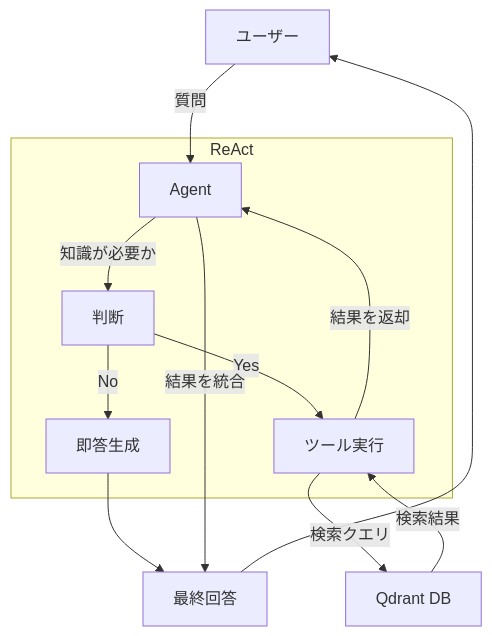
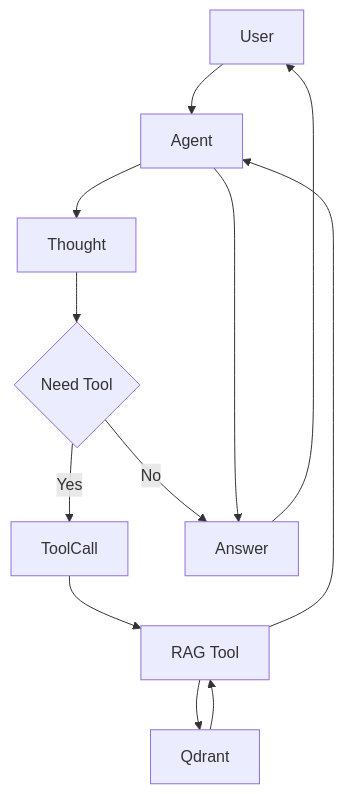
One commit to nakashima2toshio/gemini_agent_rag changed the diagram in doc/spec_summary.md. Above: the diagram before and after it, drawn with Mermaid. The commit also changed other lines of this file and 10 other files, not shown here.

````diff
--- a/doc/spec_summary.md
+++ b/doc/spec_summary.md
@@ -21,18 +22,14 @@
 ```mermaid
 graph TD
-    User[ユーザー] -->|質問| Agent[Agent]
-
-    subgraph ReAct
-        Agent -->|知識が必要か| Router[判断]
-        Router -->|No| Direct[即答生成]
-        Router -->|Yes| Tool[ツール実行]
-    end
-
-    Tool -->|検索クエリ| Qdrant[Qdrant DB]
-    Qdrant -->|検索結果| Tool
-    Tool -->|結果を返却| Agent
-
-    Direct --> Answer[最終回答]
-    Agent -->|結果を統合| Answer
-    Answer --> User
+    A[User] --> B[Agent]
+    B --> C[Thought]
+    C --> D{Need Tool}
+    D -- Yes --> E[ToolCall]
+    D -- No --> F[Answer]
+    E --> G[RAG Tool]
+    G --> H[Qdrant]
+    H --> G
+    G --> B
+    B --> F
+    F --> A
 ```
````
